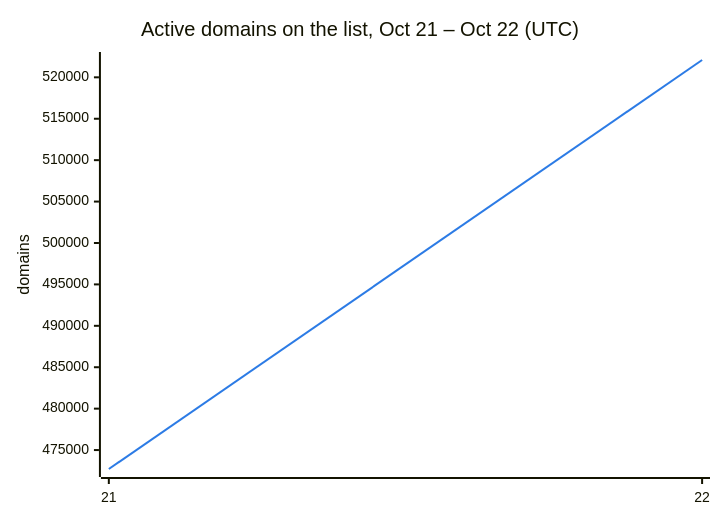
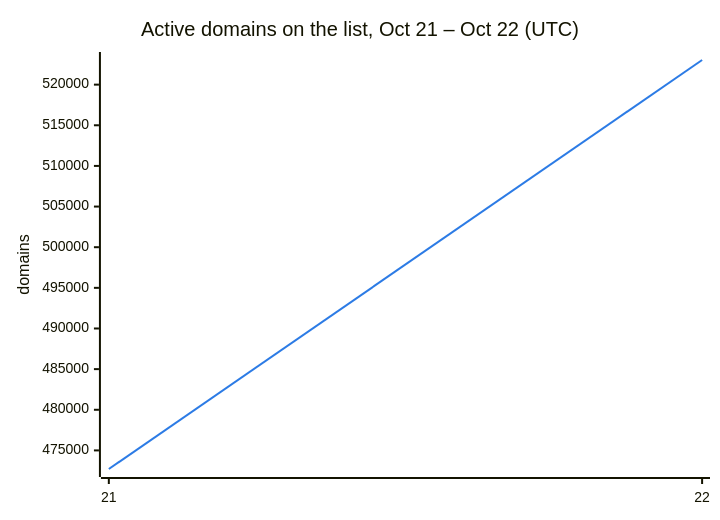
One commit to DNSBunker/CTI changed the second of 3 diagrams in README.md. Above: the diagram before and after it, drawn with Mermaid. The commit also changed other lines of this file and 3 other files, not shown here.

````diff
--- a/README.md
+++ b/README.md
@@ -38,8 +38,8 @@
 ```mermaid
 %%{init: {"themeVariables": {"xyChart": {"plotColorPalette": "#2c7be5"}}}}%%
 xychart-beta
     title "Active domains on the list, Oct 21 – Oct 22 (UTC)"
     x-axis ["21", "22"]
     y-axis "domains"
-    line [472713, 522092]
+    line [472713, 523031]
 ```
````
